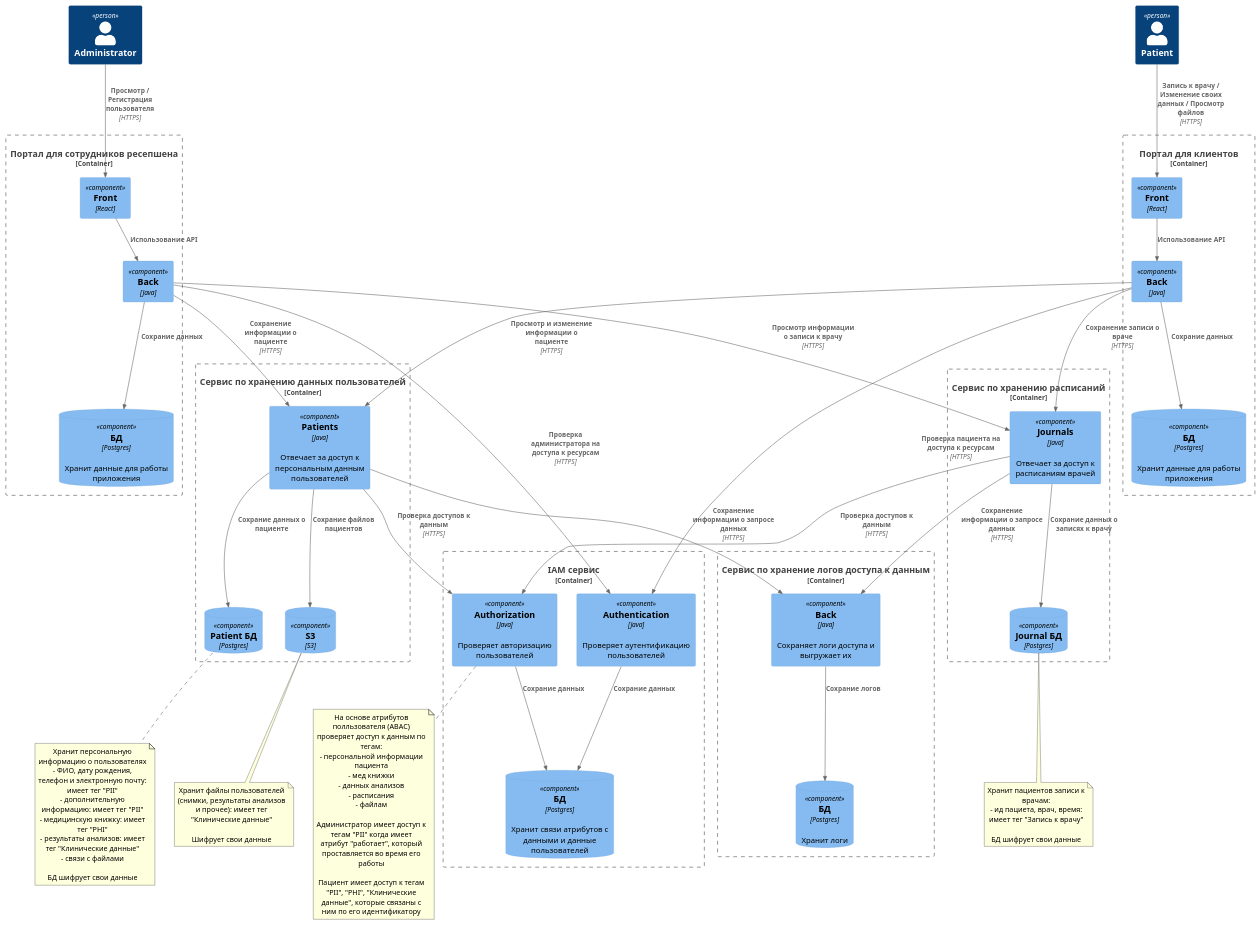
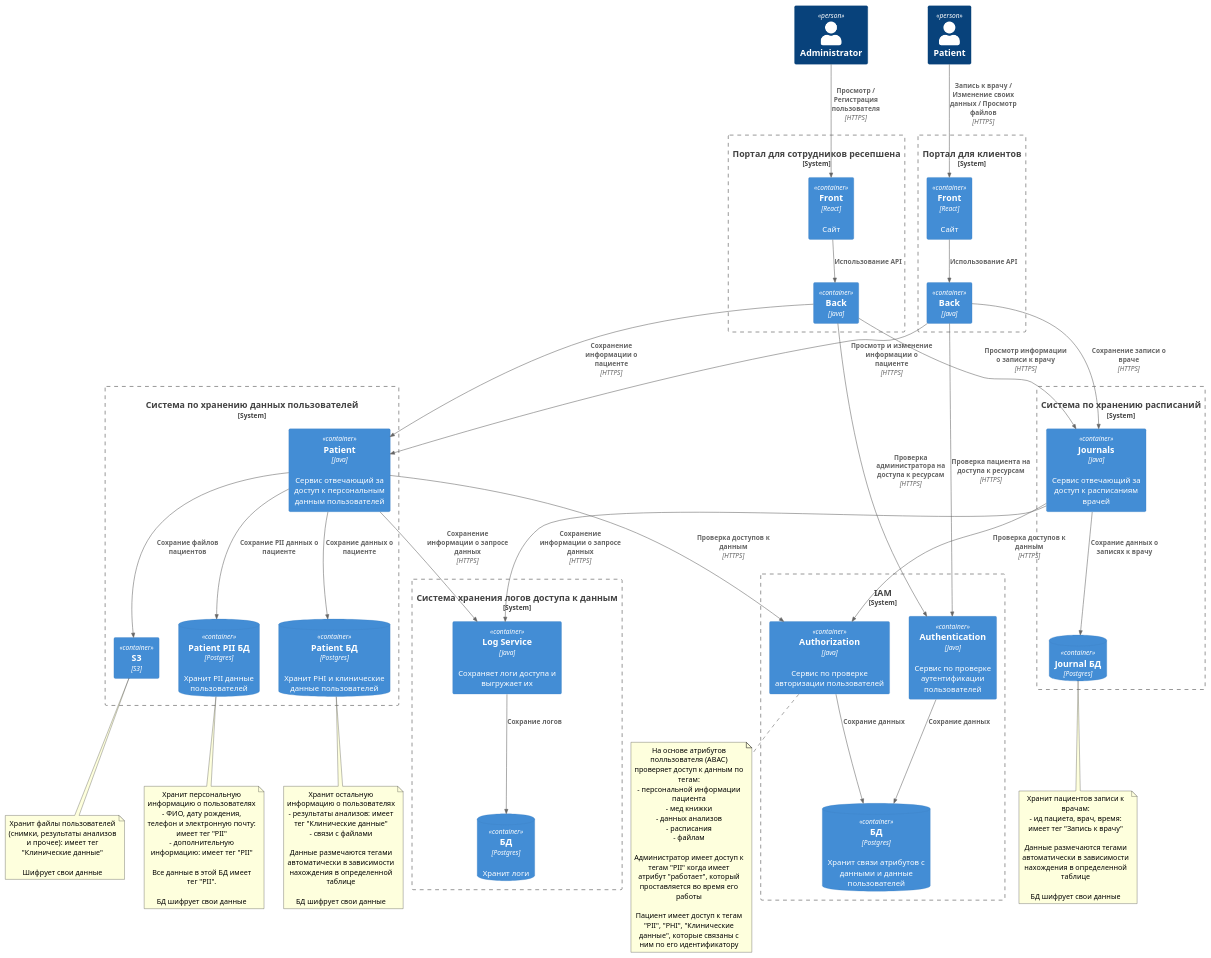
Before and after one commit to Implozium/architecture-sprint-10: the diagram in Exc2/C4_container.puml, drawn with PlantUML. The commit also changed 1 other file, not shown here.

```diff
--- a/Exc2/C4_container.puml
+++ b/Exc2/C4_container.puml
@@ -1,112 +1,121 @@
 @startuml
 !include https://raw.githubusercontent.com/plantuml-stdlib/C4-PlantUML/master/C4_Component.puml
 
 Person(administrator, "Administrator")
 Person(patient, "Patient")
 
-Container_Boundary(logService, "Сервис по хранение логов доступа к данным") {
-    Component(logServiceBack, "Back", "Java", "Сохраняет логи доступа и выгружает их")
-    ComponentDb(logServiceDB, "БД", "Postgres", "Хранит логи")
+System_Boundary(logSystem, "Система хранения логов доступа к данным") {
+    Container(logService, "Log Service", "Java", "Сохраняет логи доступа и выгружает их")
+    ContainerDb(logServiceDB, "БД", "Postgres", "Хранит логи")
 
-    Rel(logServiceBack, logServiceDB, "Сохрание логов")
+    Rel(logService, logServiceDB, "Сохрание логов")
 }
 
-Container_Boundary(iamService, "IAM сервис") {
-    Component(iamServiceAuthentication, "Authentication", "Java", "Проверяет аутентификацию пользователей")
-    Component(iamServiceAuthorization, "Authorization", "Java", "Проверяет авторизацию пользователей")
-    ComponentDb(iamServiceDB, "БД", "Postgres", "Хранит связи атрибутов с данными и данные пользователей")
+System_Boundary(iamSystem, "IAM") {
+    Container(iamServiceAuthentication, "Authentication", "Java", "Сервис по проверке аутентификации пользователей")
+    Container(iamServiceAuthorization, "Authorization", "Java", "Сервис по проверке авторизации пользователей")
+    ContainerDb(iamServiceDB, "БД", "Postgres", "Хранит связи атрибутов с данными и данные пользователей")
 
     Rel(iamServiceAuthentication, iamServiceDB, "Сохрание данных")
     Rel(iamServiceAuthorization, iamServiceDB, "Сохрание данных")
 }
 
 note bottom of iamServiceAuthorization
 На основе атрибутов полльзователя (ABAC) проверяет доступ к данным по тегам:
 - персональной информации пациента
 - мед книжки
 - данных анализов
 - расписания
 - файлам
 
 Администратор имеет доступ к тегам "PII" когда имеет атрибут "работает", который проставляется во время его работы
 
 Пациент имеет доступ к тегам "PII", "PHI", "Клинические данные", которые связаны с ним по его идентификатору
 end note
 
-Container_Boundary(patientService, "Сервис по хранению данных пользователей") {
-    Component(patientsCore, "Patients", "Java", "Отвечает за доступ к персональным данным пользователей")
-    ComponentDb(patientDB, "Patient БД", "Postgres")
-    ComponentDb(patientS3, "S3", "S3")
+System_Boundary(patientSystem, "Система по хранению данных пользователей") {
+    Container(patientService, "Patient", "Java", "Сервис отвечающий за доступ к персональным данным пользователей")
+    ContainerDb(patientPIIDB, "Patient PII БД", "Postgres", "Хранит PII данные пользователей")
+    ContainerDb(patientDB, "Patient БД", "Postgres", "Хранит PHI и клинические данные пользователей")
+    Container(patientS3, "S3", "S3")
 
-    Rel(patientsCore, patientS3, "Сохрание файлов пациентов")
-    Rel(patientsCore, patientDB, "Сохрание данных о пациенте")
+    Rel(patientService, patientS3, "Сохрание файлов пациентов")
+    Rel(patientService, patientPIIDB, "Сохрание PII данных о пациенте")
+    Rel(patientService, patientDB, "Сохрание данных о пациенте")
 }
 
-note bottom of patientDB
+note bottom of patientPIIDB
 Хранит персональную информацию о пользователях
 - ФИО, дату рождения, телефон и электронную почту: имеет тег "PII"
 - дополнительную информацию: имеет тег "PII"
-- медицинскую книжку: имеет тег "PHI"
+
+Все данные в этой БД имеет тег "PII".
+
+БД шифрует свои данные
+end note
+
+note bottom of patientDB
+Хранит остальную информацию о пользователях
 - результаты анализов: имеет тег "Клинические данные"
 - связи с файлами
+
+Данные размечаются тегами автоматически в зависимости нахождения в определенной таблице
 
 БД шифрует свои данные
 end note
 
 note bottom of patientS3
 Хранит файлы пользователей (снимки, результаты анализов и прочее): имеет тег "Клинические данные"
 
 Шифрует свои данные
 end note
 
-Container_Boundary(journalService, "Сервис по хранению расписаний") {
-    Component(journalCore, "Journals", "Java", "Отвечает за доступ к расписаниям врачей")
-    ComponentDb(journalDB, "Journal БД", "Postgres")
+System_Boundary(journalSystem, "Система по хранению расписаний") {
+    Container(journalService, "Journals", "Java", "Сервис отвечающий за доступ к расписаниям врачей")
+    ContainerDb(journalDB, "Journal БД", "Postgres")
 
-    Rel(journalCore, journalDB, "Сохрание данных о записях к врачу")
+    Rel(journalService, journalDB, "Сохрание данных о записях к врачу")
 }
 
 note bottom of journalDB
 Хранит пациентов записи к врачам:
 - ид пациета, врач, время: имеет тег "Запись к врачу"
 
+Данные размечаются тегами автоматически в зависимости нахождения в определенной таблице
+
 БД шифрует свои данные
 end note
 
-Container_Boundary(clientPortal, "Портал для клиентов") {
-    Component(clientPortalFront, "Front", "React")
-    Component(clientPortalBack, "Back", "Java")
-    ComponentDb(clientPortalDB, "БД", "Postgres", "Хранит данные для работы приложения")
+System_Boundary(clientPortal, "Портал для клиентов") {
+    Container(clientPortalFront, "Front", "React", "Сайт")
+    Container(clientPortalBack, "Back", "Java")
 
     Rel(clientPortalFront, clientPortalBack, "Использование API")
-    Rel(clientPortalBack, clientPortalDB, "Сохрание данных")
 }
 
-Container_Boundary(administratorPortal, "Портал для сотрудников ресепшена") {
-    Component(administratorPortalFront, "Front", "React")
-    Component(administratorPortalBack, "Back", "Java")
-    ComponentDb(administratorPortalDB, "БД", "Postgres", "Хранит данные для работы приложения")
+System_Boundary(administratorPortal, "Портал для сотрудников ресепшена") {
+    Container(administratorPortalFront, "Front", "React", "Сайт")
+    Container(administratorPortalBack, "Back", "Java")
 
     Rel(administratorPortalFront, administratorPortalBack, "Использование API")
-    Rel(administratorPortalBack, administratorPortalDB, "Сохрание данных")
 }
 
-Rel(clientPortalBack, journalCore, "Сохранение записи о враче", "HTTPS")
-Rel(clientPortalBack, patientsCore, "Просмотр и изменение информации о пациенте", "HTTPS")
+Rel(clientPortalBack, journalService, "Сохранение записи о враче", "HTTPS")
+Rel(clientPortalBack, patientService, "Просмотр и изменение информации о пациенте", "HTTPS")
 Rel(clientPortalBack, iamServiceAuthentication, "Проверка пациента на доступа к ресурсам", "HTTPS")
 
-Rel(administratorPortalBack, patientsCore, "Сохранение информации о пациенте", "HTTPS")
-Rel(administratorPortalBack, journalCore, "Просмотр информации о записи к врачу", "HTTPS")
+Rel(administratorPortalBack, patientService, "Сохранение информации о пациенте", "HTTPS")
+Rel(administratorPortalBack, journalService, "Просмотр информации о записи к врачу", "HTTPS")
 Rel(administratorPortalBack, iamServiceAuthentication, "Проверка администратора на доступа к ресурсам", "HTTPS")
 
 Rel(patient, clientPortalFront, "Запись к врачу / Изменение своих данных / Просмотр файлов", "HTTPS")
 
 Rel(administrator, administratorPortalFront, "Просмотр / Регистрация пользователя", "HTTPS")
 
-Rel(patientsCore, iamServiceAuthorization, "Проверка доступов к данным", "HTTPS")
-Rel(journalCore, iamServiceAuthorization, "Проверка доступов к данным", "HTTPS")
+Rel(patientService, iamServiceAuthorization, "Проверка доступов к данным", "HTTPS")
+Rel(journalService, iamServiceAuthorization, "Проверка доступов к данным", "HTTPS")
 
-Rel(patientsCore, logServiceBack, "Сохранение информации о запросе данных", "HTTPS")
-Rel(journalCore, logServiceBack, "Сохранение информации о запросе данных", "HTTPS")
+Rel(patientService, logService, "Сохранение информации о запросе данных", "HTTPS")
+Rel(journalService, logService, "Сохранение информации о запросе данных", "HTTPS")
 
 @enduml
```
